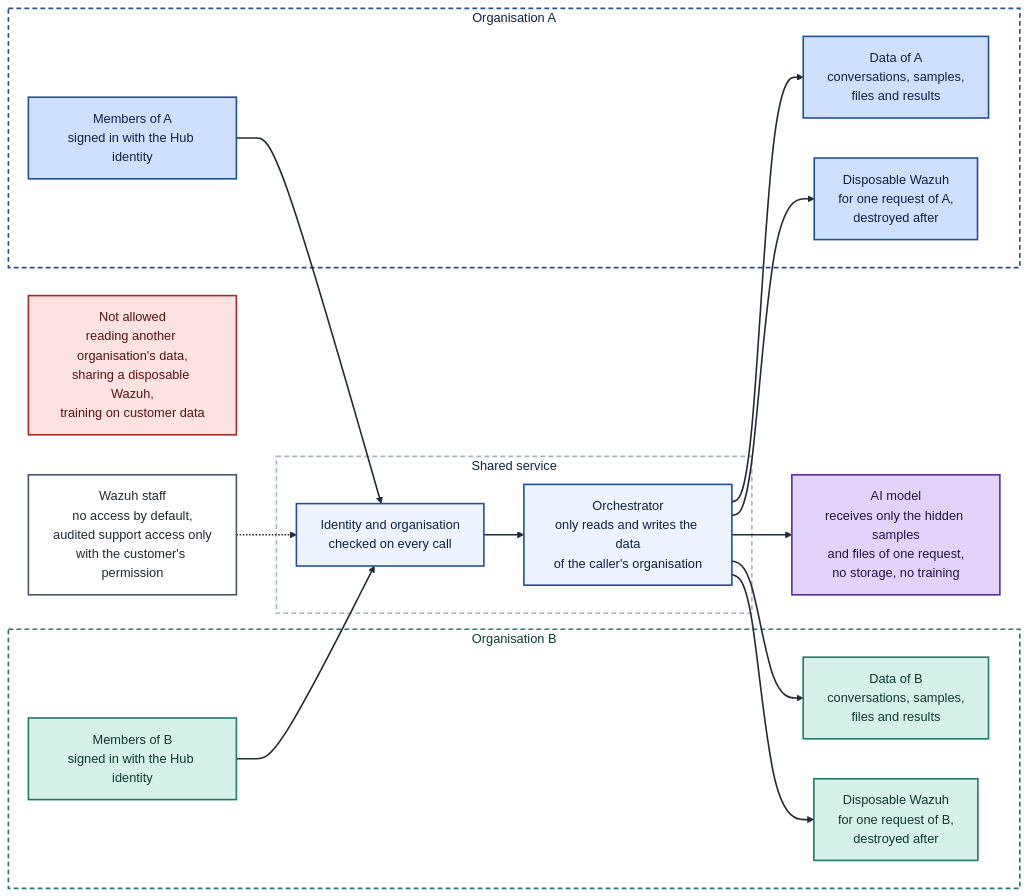
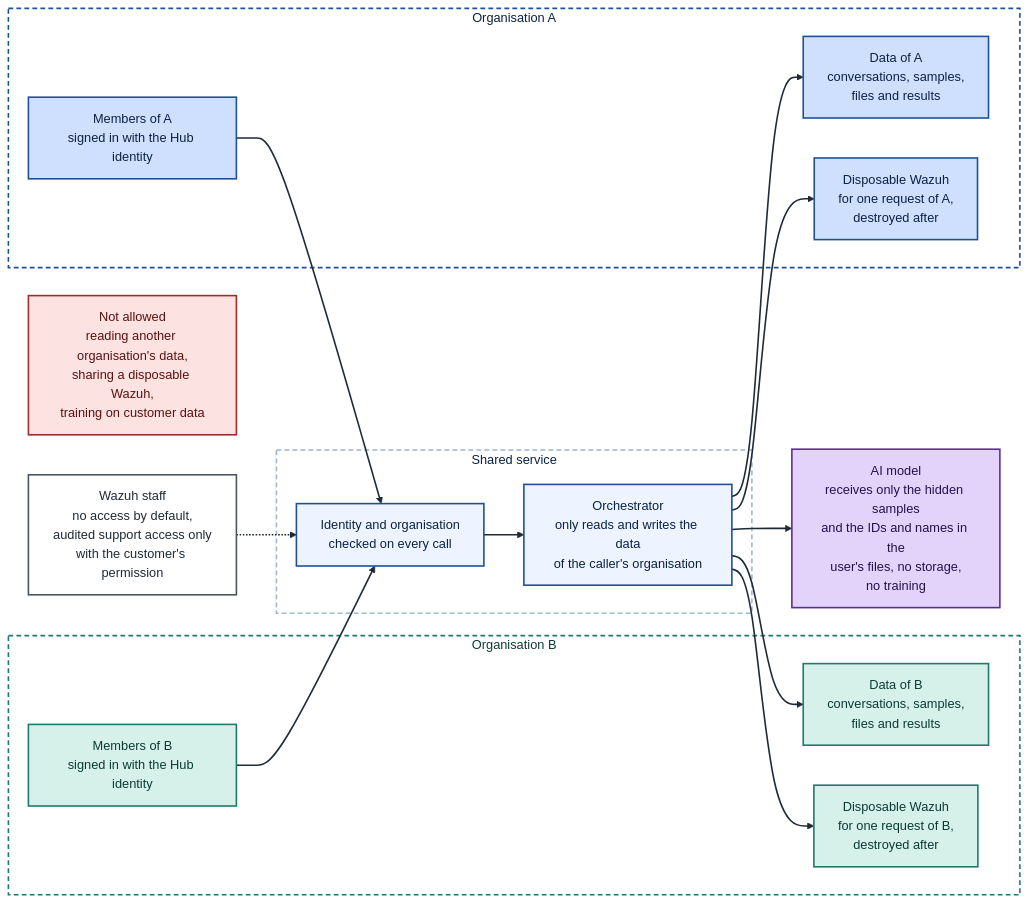
Before and after one commit to lydiavilchez/wazuh-hub-task: the third of 6 diagrams in phase3/PHASE3.md, drawn with Mermaid. The commit also changed other lines of this file and 2 other files, not shown here.

````diff
--- a/phase3/PHASE3.md
+++ b/phase3/PHASE3.md
@@ -256,50 +256,50 @@
 ```mermaid
 flowchart LR
     subgraph B["Organisation B"]
         PB["Members of B<br/>signed in with the Hub identity"]
         DB["Data of B<br/>conversations, samples,<br/>files and results"]
         SB["Disposable Wazuh<br/>for one request of B,<br/>destroyed after"]
     end
 
     subgraph A["Organisation A"]
         PA["Members of A<br/>signed in with the Hub identity"]
         DA["Data of A<br/>conversations, samples,<br/>files and results"]
         SA["Disposable Wazuh<br/>for one request of A,<br/>destroyed after"]
     end
 
     subgraph Shared["Shared service"]
         Access["Identity and organisation<br/>checked on every call"]
         Orch["Orchestrator<br/>only reads and writes the data<br/>of the caller's organisation"]
     end
 
-    Model["AI model<br/>receives only the hidden samples<br/>and files of one request,<br/>no storage, no training"]
+    Model["AI model<br/>receives only the hidden samples<br/>and the IDs and names in the<br/>user's files, no storage,<br/>no training"]
     Staff["Wazuh staff<br/>no access by default,<br/>audited support access only<br/>with the customer's permission"]
     Denied["Not allowed<br/>reading another organisation's data,<br/>sharing a disposable Wazuh,<br/>training on customer data"]
 
     PB --> Access
     PA --> Access
     Access --> Orch
     Orch --> DB
     Orch --> SB
     Orch --> DA
     Orch --> SA
     Orch --> Model
     Staff -.-> Access
 
     classDef orgA fill:#cfe0ff,stroke:#1f4f99,stroke-width:2px,color:#0b2147
     classDef orgB fill:#d6f0ea,stroke:#1f7a6b,stroke-width:2px,color:#0d3a33
     classDef support fill:#eef4ff,stroke:#1f4f99,stroke-width:2px,color:#0b2147
     classDef ai fill:#e3d3fa,stroke:#5b2d9a,stroke-width:2px,color:#26104a
     classDef outside fill:#ffffff,stroke:#4a5563,stroke-width:2px,color:#1f2a36
     classDef deny fill:#fde2e2,stroke:#a52a2a,stroke-width:2px,color:#5c1111
     class PA,DA,SA orgA
     class PB,DB,SB orgB
     class Access,Orch support
     class Model ai
     class Staff outside
     class Denied deny
     style A fill:#ffffff,stroke:#1f4f99,stroke-width:2px,stroke-dasharray:6 4,color:#0b2147
     style B fill:#ffffff,stroke:#1f7a6b,stroke-width:2px,stroke-dasharray:6 4,color:#0d3a33
     style Shared fill:#ffffff,stroke:#9fb3d1,stroke-width:2px,stroke-dasharray:6 4,color:#0b2147
     linkStyle default stroke:#1f2a36,stroke-width:2px
 ```
````
